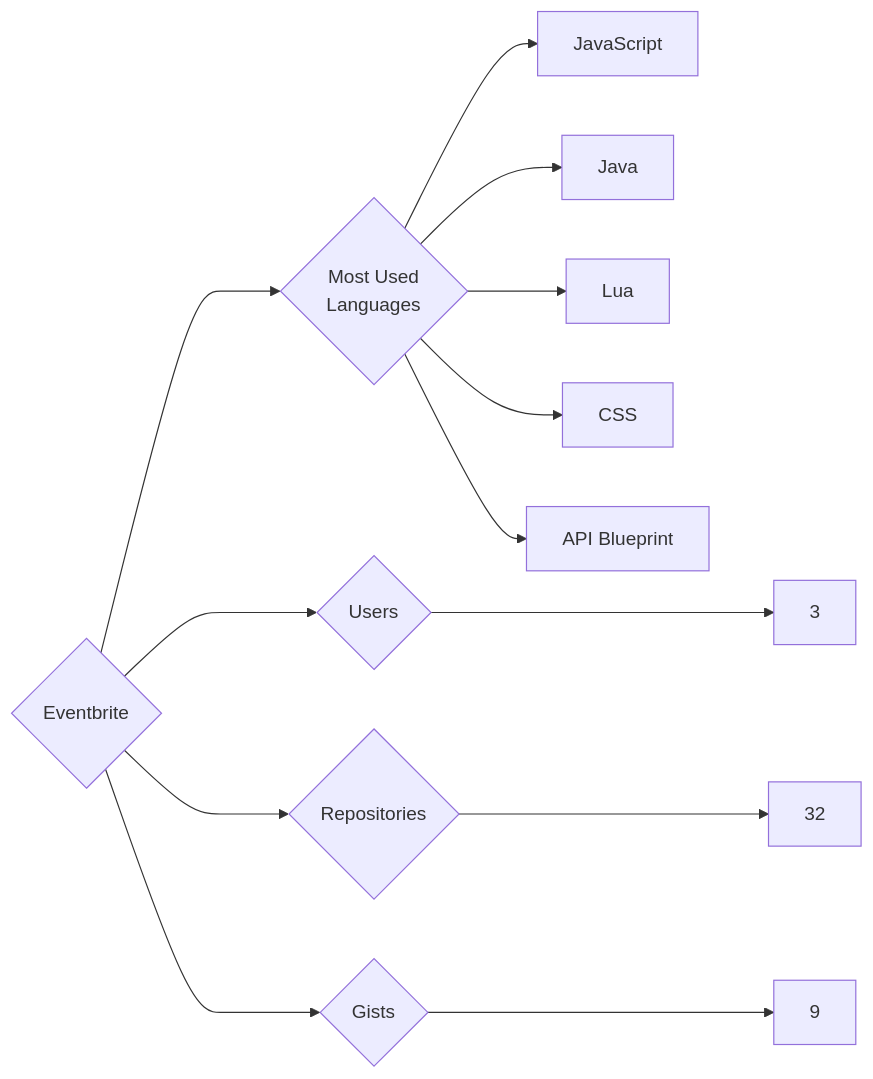
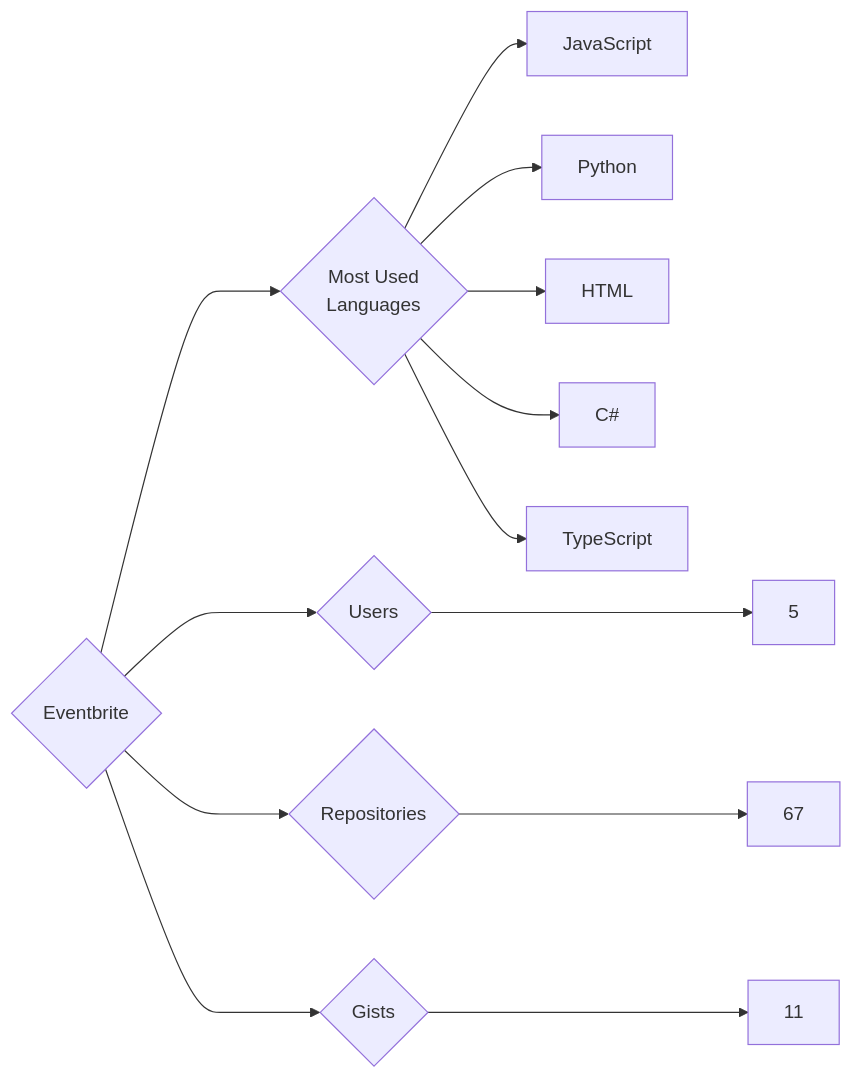
One commit to trickest/insiders changed the diagram in targets/Eventbrite/README.md. Above: the diagram before and after it, drawn with Mermaid. The commit also changed 1149 other files, not shown here.

````diff
--- a/targets/Eventbrite/README.md
+++ b/targets/Eventbrite/README.md
@@ -3,13 +3,13 @@
 ```mermaid
 graph LR
 COMPANY_NAME{Eventbrite}
-COMPANY_NAME ---> U{Users} ---> UN[3]
-COMPANY_NAME ---> R{Repositories} ---> RN[32]
-COMPANY_NAME ---> G{Gists} ---> GN[9]
+COMPANY_NAME ---> U{Users} ---> UN[5]
+COMPANY_NAME ---> R{Repositories} ---> RN[67]
+COMPANY_NAME ---> G{Gists} ---> GN[11]
 COMPANY_NAME ---> ML{Most Used<br>Languages}
 ML --> JavaScript[JavaScript]
-ML --> Java[Java]
-ML --> Lua[Lua]
-ML --> CSS[CSS]
-ML --> API_Blueprint[API Blueprint]
+ML --> Python[Python]
+ML --> HTML[HTML]
+ML --> C#[C#]
+ML --> TypeScript[TypeScript]
 ```
````
